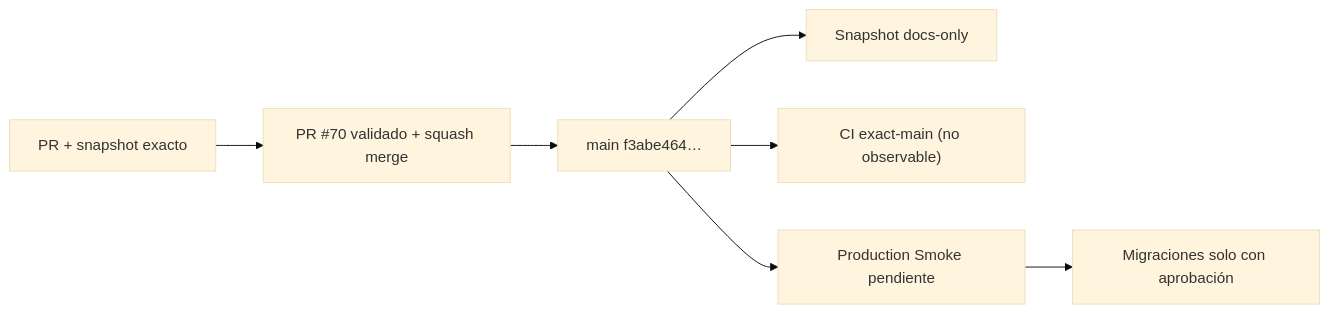
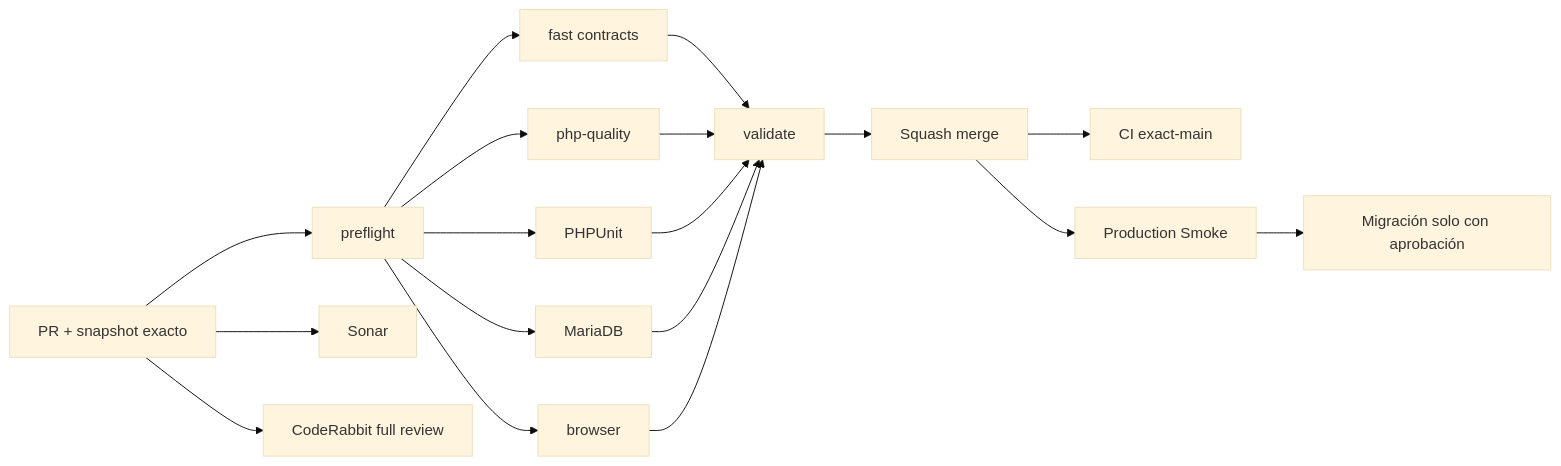
One commit to drpipe1098-commits/GrindFlow changed the diagram in README.md. Above: the diagram before and after it, drawn with Mermaid (base theme). The commit also changed other lines of this file and 20 other files, not shown here.

````diff
--- a/README.md
+++ b/README.md
@@ -48,9 +48,20 @@
 ```mermaid
 flowchart LR
-    A["PR + snapshot exacto"] --> M["PR #70 validado + squash merge"]
-    M --> N["main f3abe464…"]
-    N --> D["Snapshot docs-only"]
-    N --> X["CI exact-main (no observable)"]
-    N --> R["Production Smoke pendiente"]
-    R --> G["Migraciones solo con aprobación"]
+    A["PR + snapshot exacto"] --> P["preflight"]
+    P --> F["fast contracts"]
+    P --> Q["php-quality"]
+    P --> T["PHPUnit"]
+    P --> D["MariaDB"]
+    P --> B["browser"]
+    A --> S["Sonar"]
+    A --> C["CodeRabbit full review"]
+    F --> V["validate"]
+    Q --> V
+    T --> V
+    D --> V
+    B --> V
+    V --> M["Squash merge"]
+    M --> X["CI exact-main"]
+    M --> R["Production Smoke"]
+    R --> G["Migración solo con aprobación"]
 ```
````
